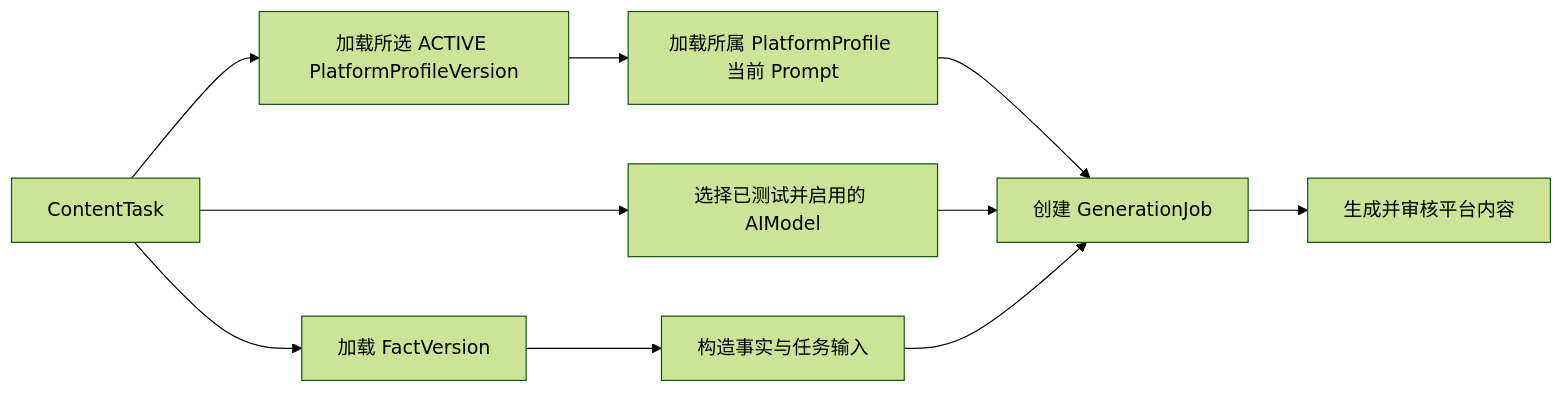
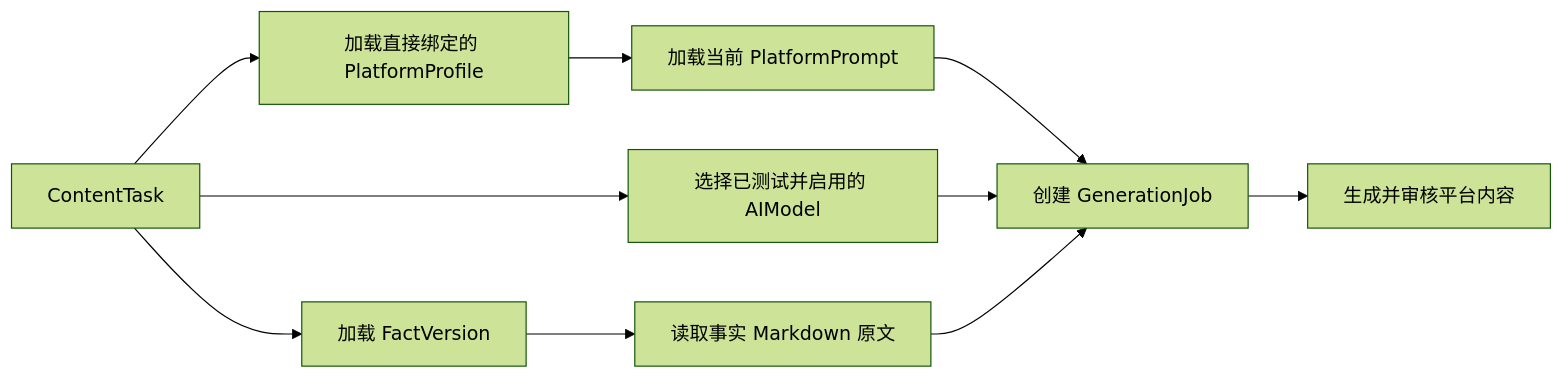
One commit to ccisnoxx/partsignal changed the third of 4 diagrams in docs/GEO多平台内容运营系统方案设计.md. Above: the diagram before and after it, drawn with Mermaid (forest theme). The commit also changed other lines of this file and 86 other files, not shown here.

````diff
--- a/docs/GEO多平台内容运营系统方案设计.md
+++ b/docs/GEO多平台内容运营系统方案设计.md
@@ -480,12 +457,12 @@
 ```mermaid
 flowchart LR
     A[ContentTask] --> B[加载 FactVersion]
-    A --> C[加载所选 ACTIVE PlatformProfileVersion]
-    C --> D[加载所属 PlatformProfile 当前 Prompt]
+    A --> C[加载直接绑定的 PlatformProfile]
+    C --> D[加载当前 PlatformPrompt]
     A --> E[选择已测试并启用的 AIModel]
-    B --> F[构造事实与任务输入]
+    B --> F[读取事实 Markdown 原文]
     D --> G[创建 GenerationJob]
     E --> G
     F --> G
     G --> H[生成并审核平台内容]
 ```
````
